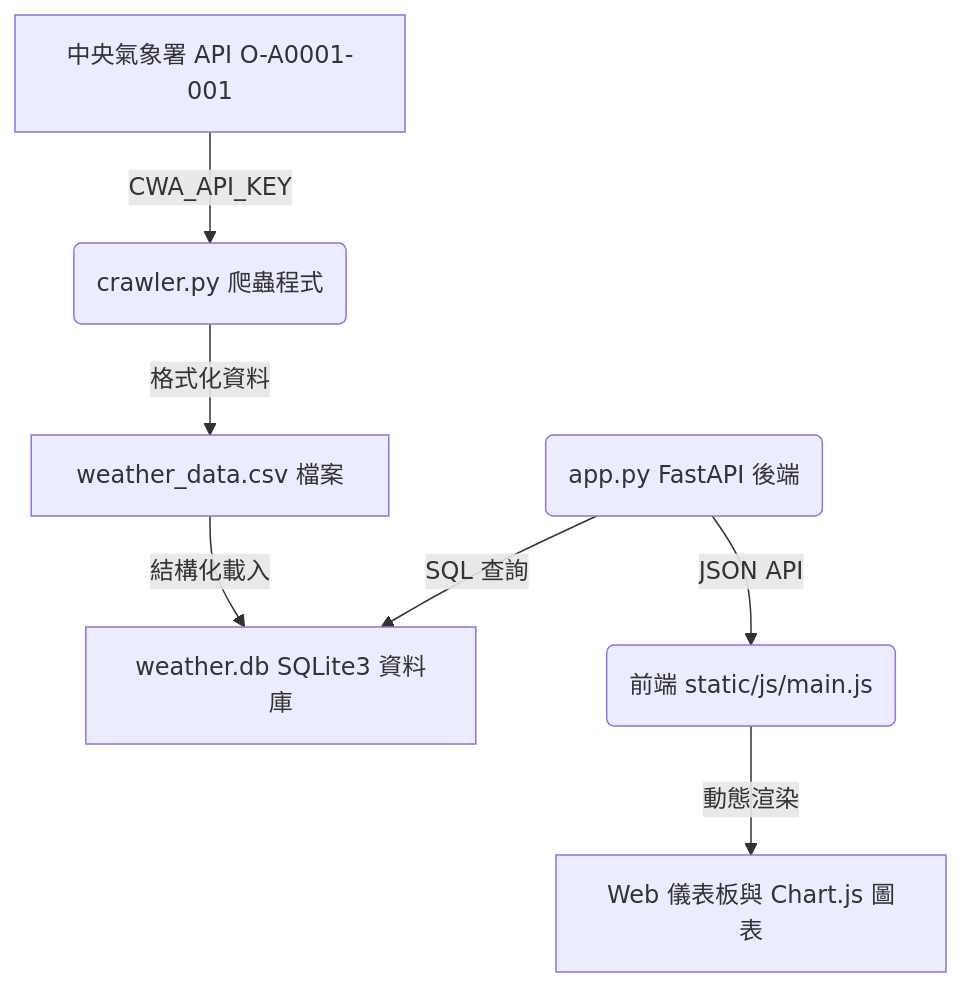
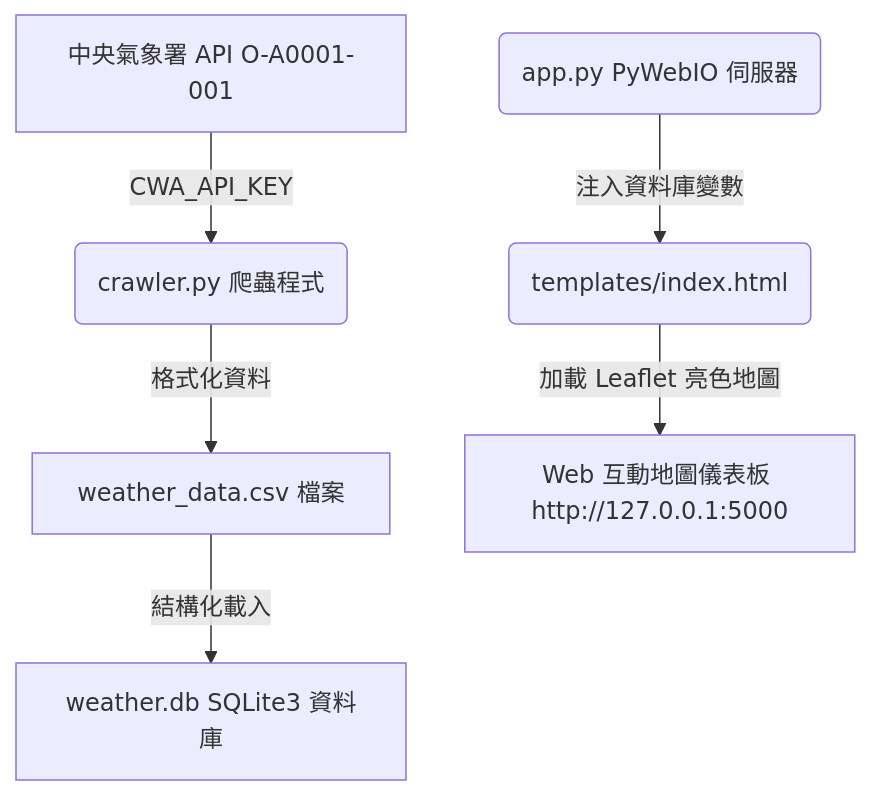
The diagram in README.md (mdbenshow-art/HW10), drawn with Mermaid before and after one commit. The commit also changed other lines of this file and 3 other files, not shown here.

````diff
--- a/README.md
+++ b/README.md
@@ -7,9 +7,8 @@
 ```mermaid
 graph TD
     A[中央氣象署 API O-A0001-001] -->|CWA_API_KEY| B(crawler.py 爬蟲程式)
     B -->|格式化資料| C[weather_data.csv 檔案]
     C -->|結構化載入| D[weather.db SQLite3 資料庫]
-    E(app.py FastAPI 後端) -->|SQL 查詢| D
-    E -->|JSON API| F(前端 static/js/main.js)
-    F -->|動態渲染| G[Web 儀表板與 Chart.js 圖表]
+    E(app.py PyWebIO 伺服器) -->|注入資料庫變數| F(templates/index.html)
+    F -->|加載 Leaflet 亮色地圖| G[Web 互動地圖儀表板 http://127.0.0.1:5000]
 ```
````
